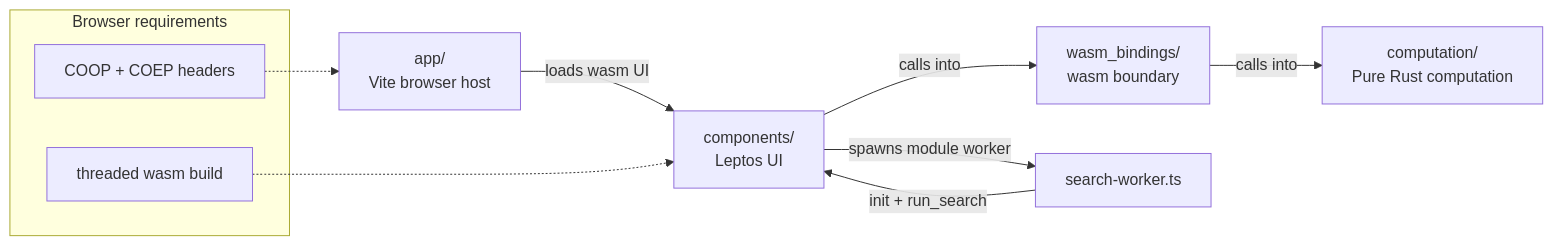
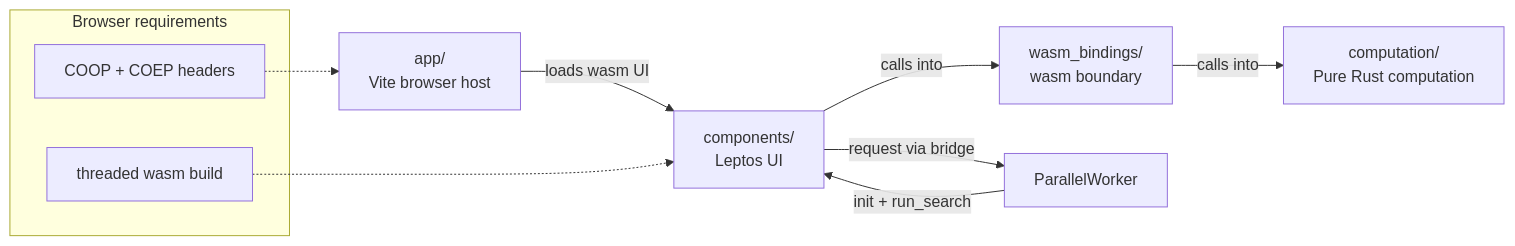
One commit to orxfun/orx-parallel-wasm-demos changed the diagram in tsp/leptos/README.md. Above: the diagram before and after it, drawn with Mermaid. The commit also changed other lines of this file and 22 other files, not shown here.

````diff
--- a/tsp/leptos/README.md
+++ b/tsp/leptos/README.md
@@ -17,16 +17,16 @@
 ```mermaid
 flowchart LR
     A[app/\nVite browser host] -->|loads wasm UI| UI[components/\nLeptos UI]
     UI -->|calls into| WB[wasm_bindings/\nwasm boundary]
     WB -->|calls into| C[computation/\nPure Rust computation]
-    UI -->|spawns module worker| W[search-worker.ts]
+      UI -->|request via bridge| W[ParallelWorker]
     W -->|init + run_search| UI
 
     subgraph Browser requirements
         H[COOP + COEP headers]
         T[threaded wasm build]
     end
 
     H -.-> A
     T -.-> UI
 ```
````
